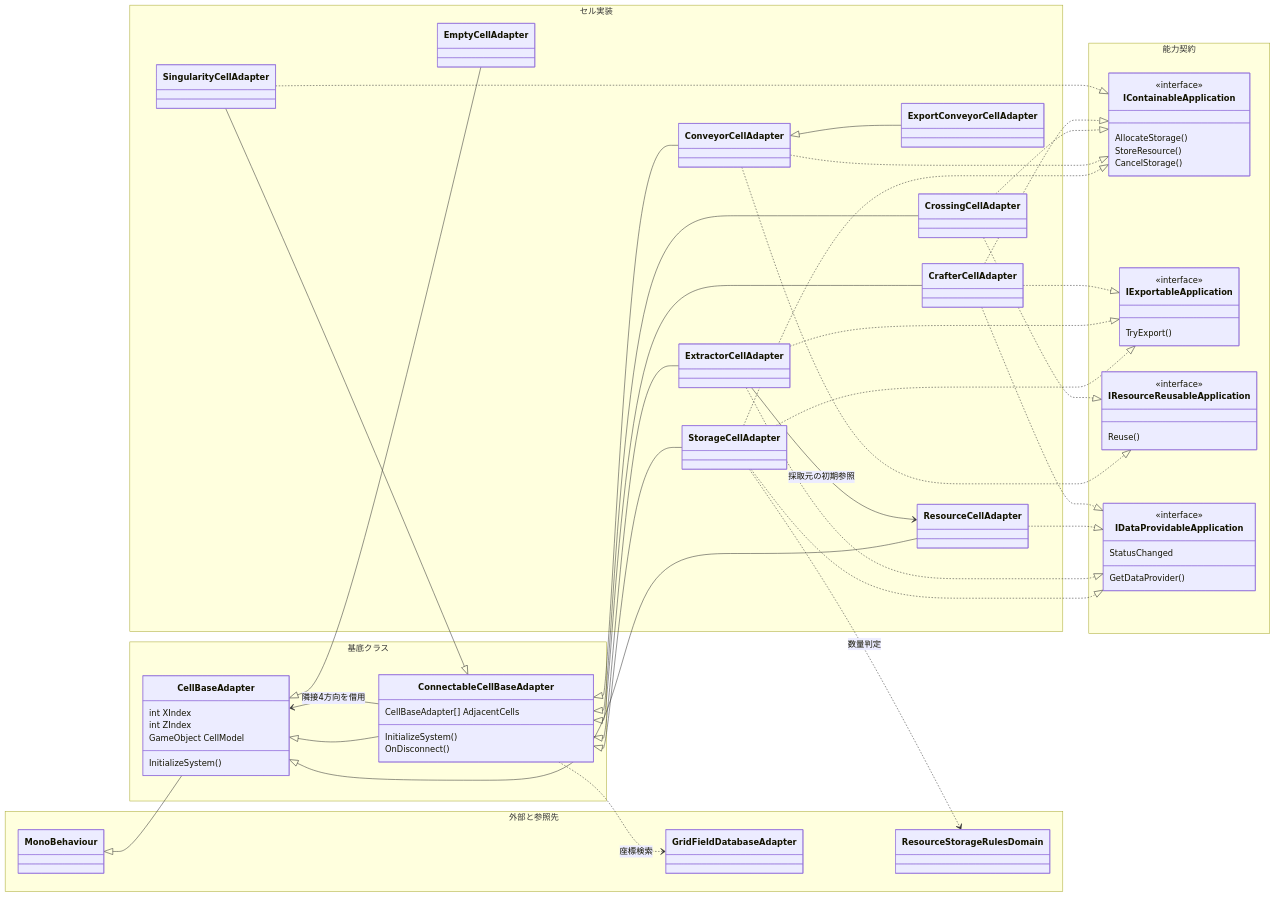
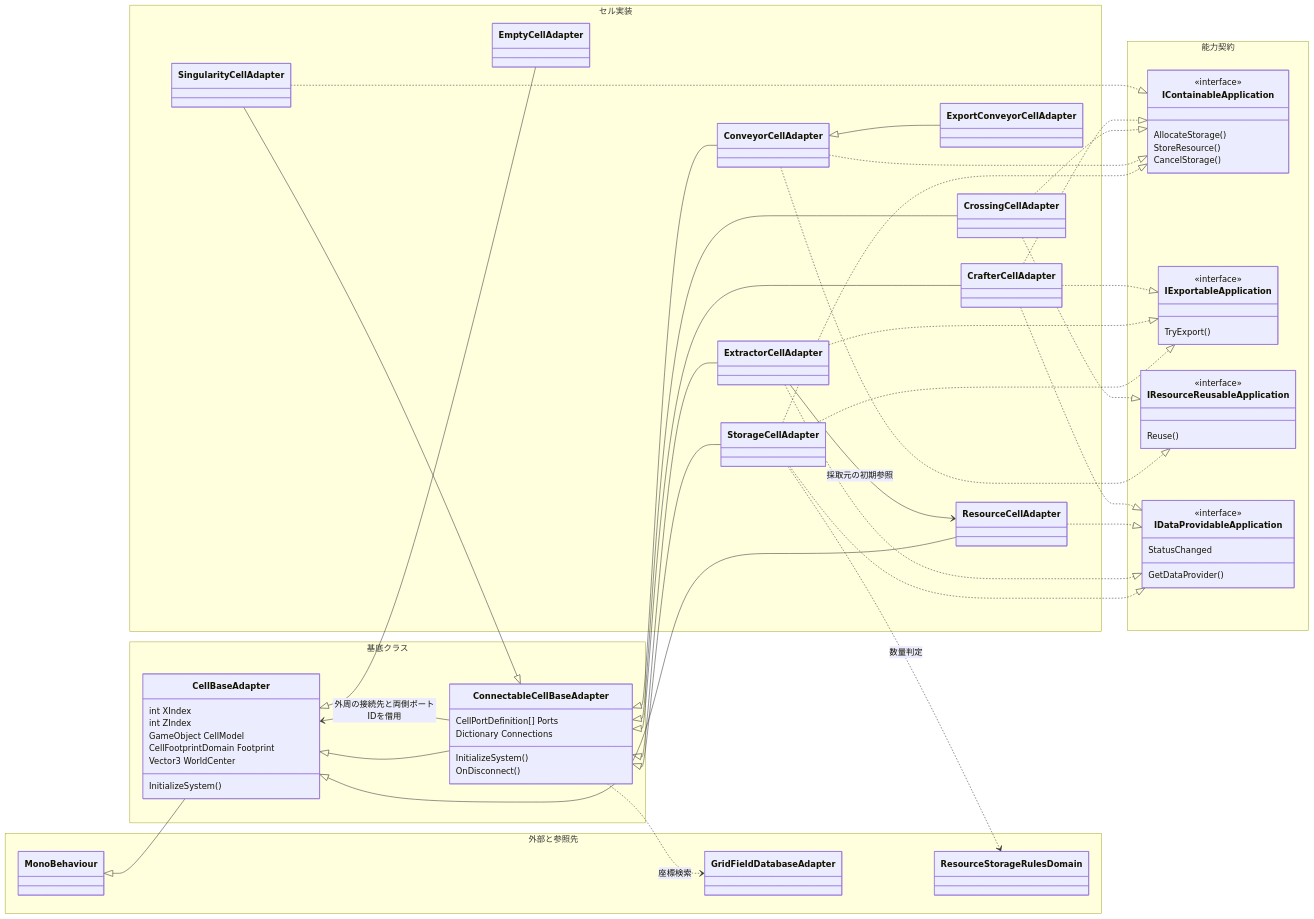
One commit to AoiTomiyama/FactoryGame changed the first of 2 diagrams in docs/design/architecture-cells-grid.md. Above: the diagram before and after it, drawn with Mermaid. The commit also changed other lines of this file and 12 other files, not shown here.

```diff
--- a/docs/design/architecture-cells-grid.md
+++ b/docs/design/architecture-cells-grid.md
@@ -19,10 +19,13 @@
   int XIndex
   int ZIndex
   GameObject CellModel
+  CellFootprintDomain Footprint
+  Vector3 WorldCenter
   InitializeSystem()
  }
  class ConnectableCellBaseAdapter {
-  CellBaseAdapter[] AdjacentCells
+  CellPortDefinition[] Ports
+  Dictionary Connections
   InitializeSystem()
   OnDisconnect()
  }
@@ -93,7 +96,7 @@
  CrafterCellAdapter ..|> IContainableApplication
  CrafterCellAdapter ..|> IExportableApplication
  CrafterCellAdapter ..|> IDataProvidableApplication
- ConnectableCellBaseAdapter --> CellBaseAdapter : 隣接4方向を借用
+ ConnectableCellBaseAdapter --> CellBaseAdapter : 外周の接続先と両側ポートIDを借用
  ConnectableCellBaseAdapter ..> GridFieldDatabaseAdapter : 座標検索
  StorageCellAdapter ..> ResourceStorageRulesDomain : 数量判定
  ExtractorCellAdapter --> ResourceCellAdapter : 採取元の初期参照
```
